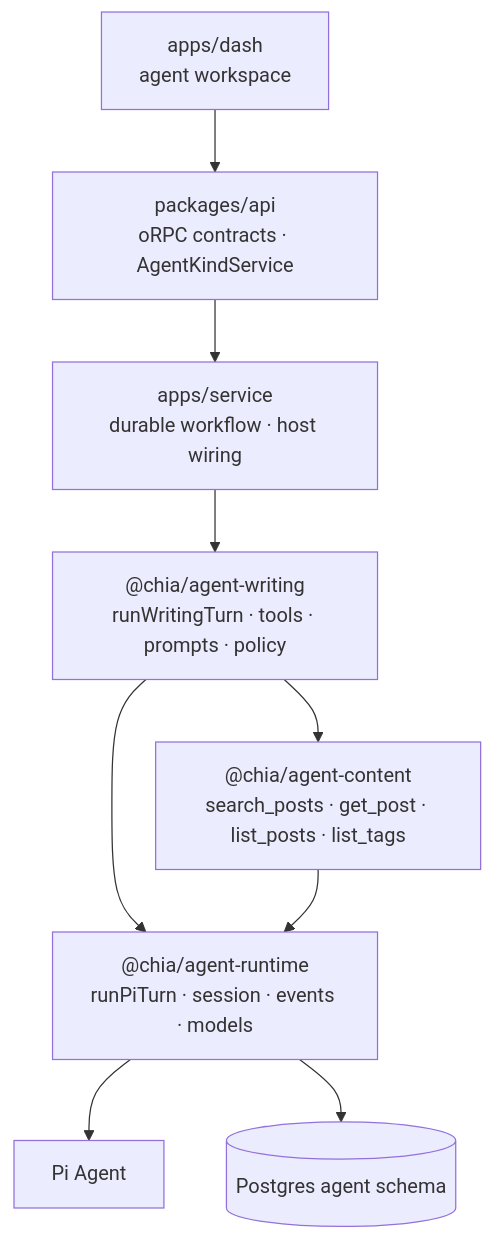
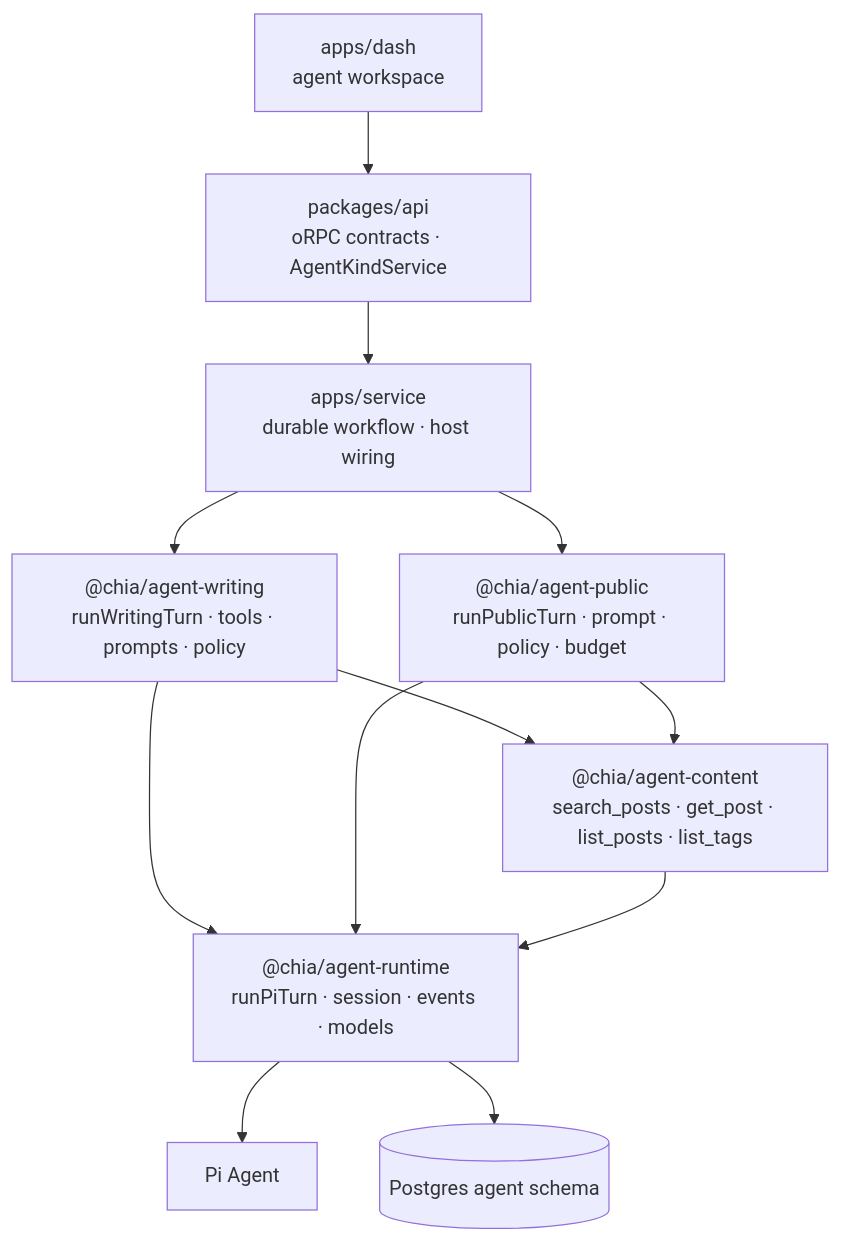
Before and after one commit to Chia1104/chia1104.dev: the first of 3 diagrams in docs/agent-architecture.md, drawn with Mermaid. The commit also changed other lines of this file and 31 other files, not shown here.

````diff
--- a/docs/agent-architecture.md
+++ b/docs/agent-architecture.md
@@ -23,11 +24,14 @@
 ```mermaid
 flowchart TB
     dash["apps/dash<br/>agent workspace"] --> api["packages/api<br/>oRPC contracts · AgentKindService"]
     api --> service["apps/service<br/>durable workflow · host wiring"]
     service --> writing["@chia/agent-writing<br/>runWritingTurn · tools · prompts · policy"]
+    service --> public["@chia/agent-public<br/>runPublicTurn · prompt · policy · budget"]
     writing --> content["@chia/agent-content<br/>search_posts · get_post · list_posts · list_tags"]
+    public --> content
     writing --> runtime["@chia/agent-runtime<br/>runPiTurn · session · events · models"]
+    public --> runtime
     content --> runtime
     runtime --> pi["Pi Agent"]
     runtime --> pg[("Postgres agent schema")]
 ```
````
